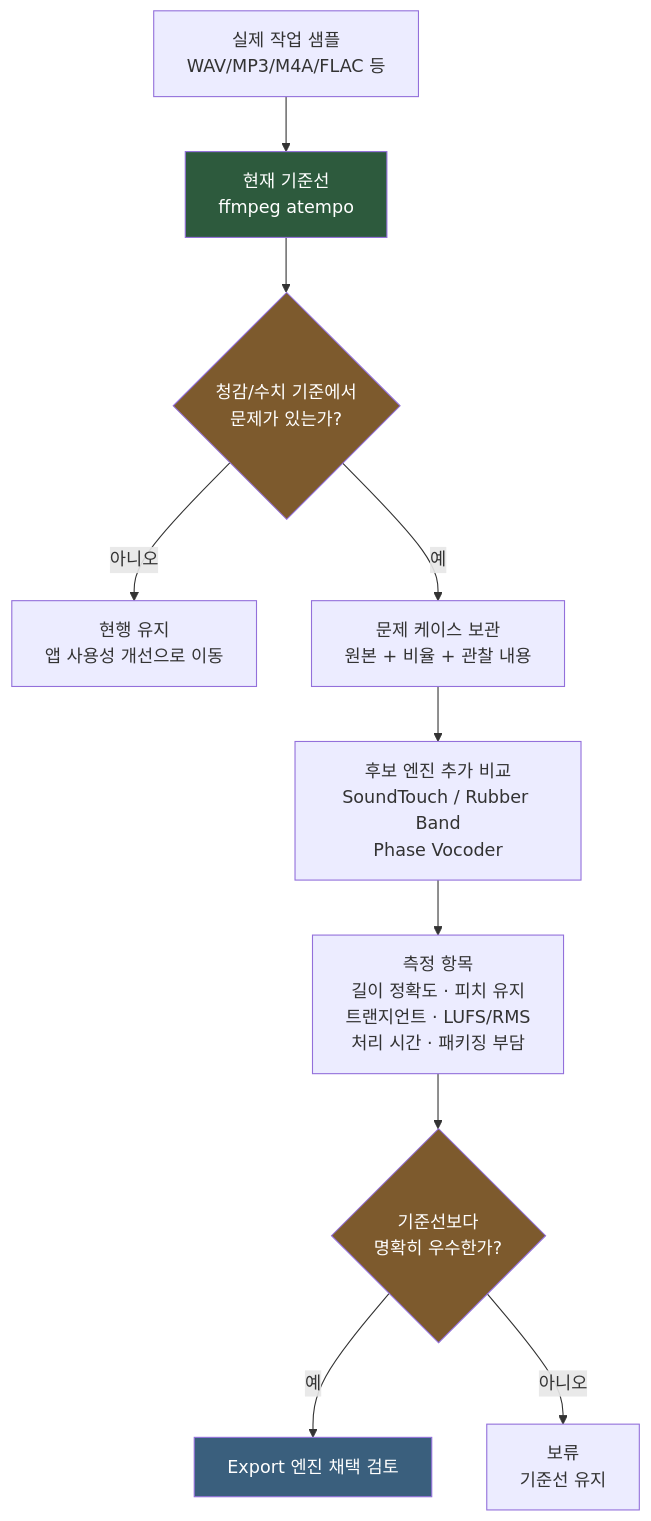
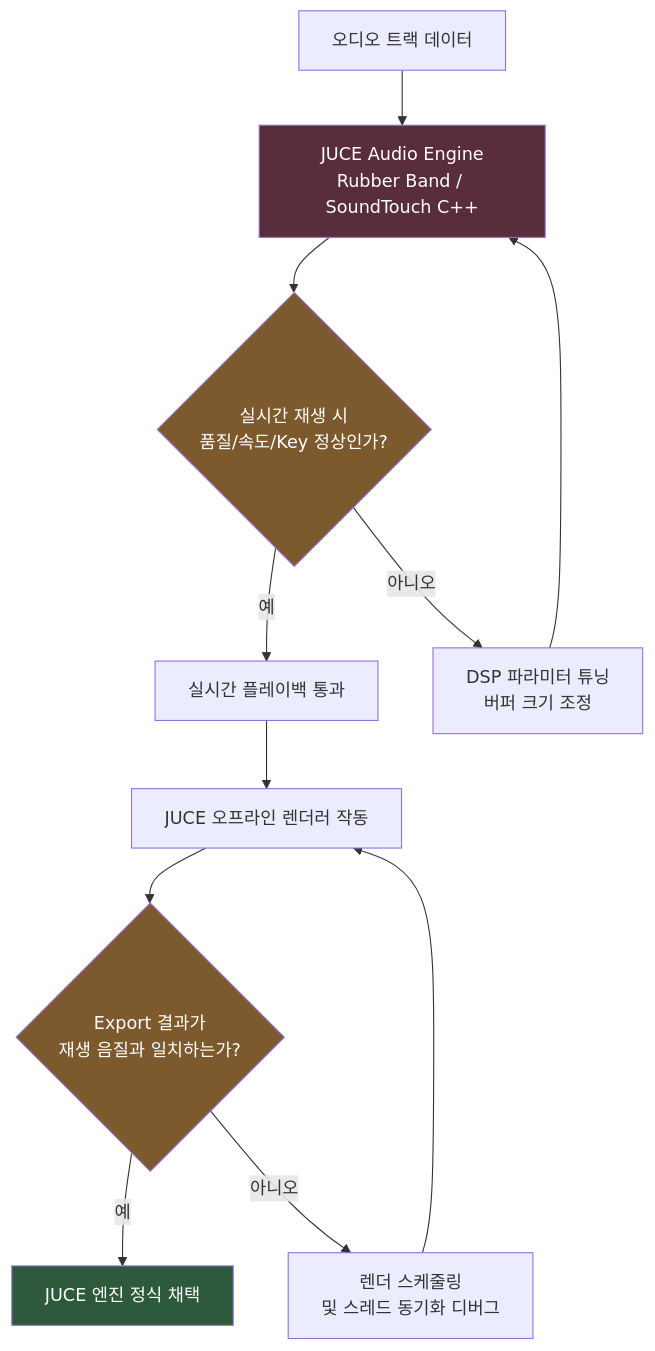
The third of 5 diagrams in 개발-프로세스.md (limsunglyong/FocusDAW-Studio), drawn with Mermaid before and after one commit. The commit also changed other lines of this file and 387 other files, not shown here.

````diff
--- a/개발-프로세스.md
+++ b/개발-프로세스.md
@@ -114,25 +106,25 @@
 ```mermaid
 flowchart TD
-    INPUT[실제 작업 샘플<br/>WAV/MP3/M4A/FLAC 등]
-    ATEMPO[현재 기준선<br/>ffmpeg atempo]
-    CHECK{청감/수치 기준에서<br/>문제가 있는가?}
+    INPUT[오디오 트랙 데이터]
+    JUCE_DSP[JUCE Audio Engine<br/>Rubber Band / SoundTouch C++]
+    CHECK{실시간 재생 시<br/>품질/속도/Key 정상인가?}
 
-    OK[현행 유지<br/>앱 사용성 개선으로 이동]
-    CASES[문제 케이스 보관<br/>원본 + 비율 + 관찰 내용]
-    CANDIDATES[후보 엔진 추가 비교<br/>SoundTouch / Rubber Band<br/>Phase Vocoder]
-    SCORE[측정 항목<br/>길이 정확도 · 피치 유지<br/>트랜지언트 · LUFS/RMS<br/>처리 시간 · 패키징 부담]
-    DECIDE{기준선보다<br/>명확히 우수한가?}
-    ADOPT[Export 엔진 채택 검토]
-    REJECT[보류<br/>기준선 유지]
+    OK[실시간 플레이백 통과]
+    RETRY[DSP 파라미터 튜닝<br/>버퍼 크기 조정]
+    EXPORT[JUCE 오프라인 렌더러 작동]
+    MATCH{Export 결과가<br/>재생 음질과 일치하는가?}
+    
+    FINAL_OK[JUCE 엔진 정식 채택]
+    DEBUG[렌더 스케줄링<br/>및 스레드 동기화 디버그]
 
-    INPUT --> ATEMPO --> CHECK
-    CHECK -->|아니오| OK
-    CHECK -->|예| CASES --> CANDIDATES --> SCORE --> DECIDE
-    DECIDE -->|예| ADOPT
-    DECIDE -->|아니오| REJECT
+    INPUT --> JUCE_DSP --> CHECK
+    CHECK -->|아니오| RETRY --> JUCE_DSP
+    CHECK -->|예| OK --> EXPORT --> MATCH
+    MATCH -->|예| FINAL_OK
+    MATCH -->|아니오| DEBUG --> EXPORT
 
-    style ATEMPO fill:#2d5a3d,color:#fff
+    style JUCE_DSP fill:#5a2d3d,color:#fff
     style CHECK fill:#7d5a2d,color:#fff
-    style DECIDE fill:#7d5a2d,color:#fff
-    style ADOPT fill:#3a5f7d,color:#fff
+    style MATCH fill:#7d5a2d,color:#fff
+    style FINAL_OK fill:#2d5a3d,color:#fff
 ```
````
